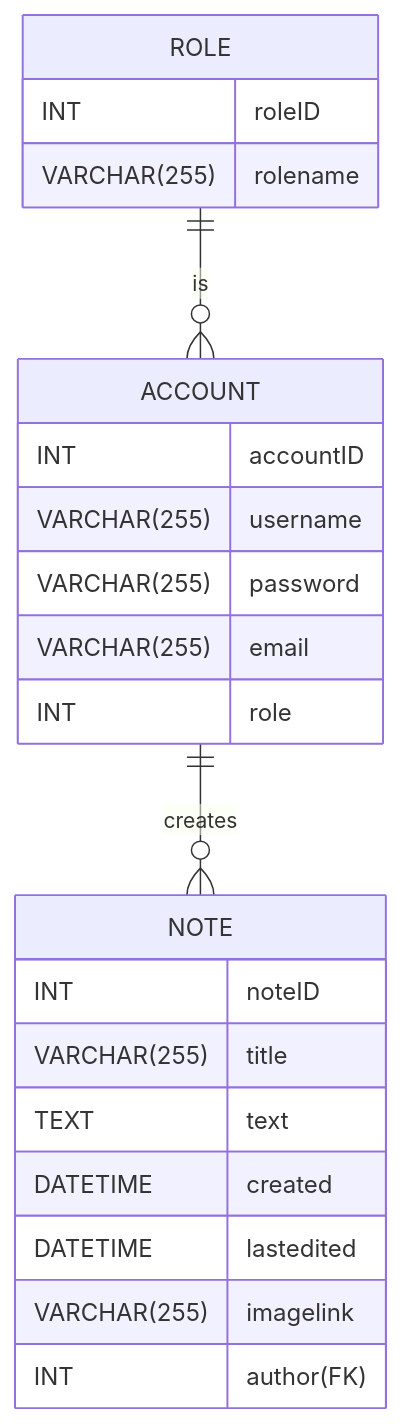
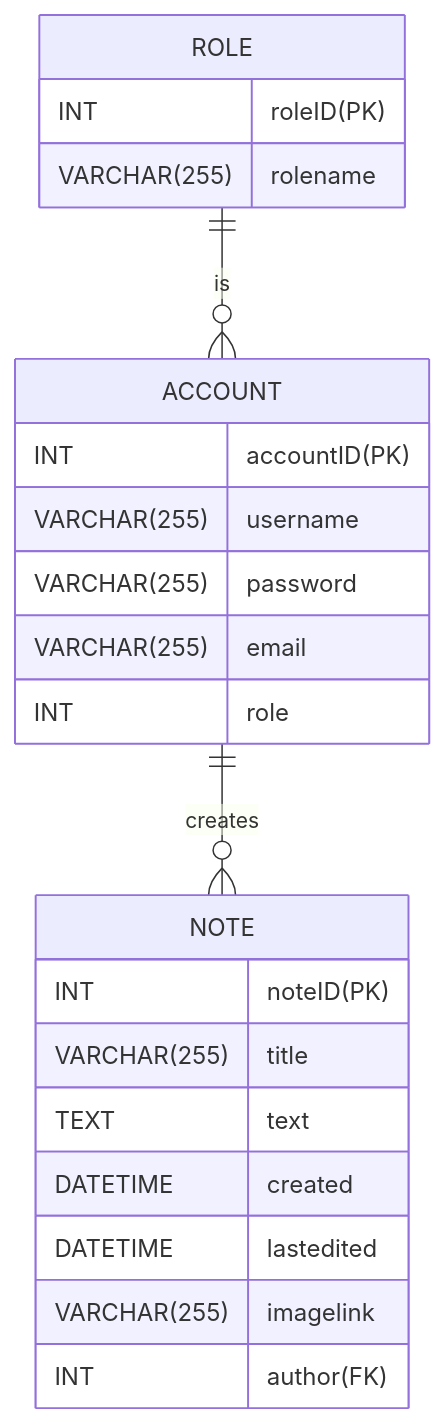
The third of 3 diagrams in Artefakter/UML/ER diagram.md (PBI22/Agil-Flask-Note-Projekt), drawn with Mermaid before and after one commit.

Commit message:
final touches to the physical model

````diff
--- a/Artefakter/UML/ER diagram.md
+++ b/Artefakter/UML/ER diagram.md
@@ -43,25 +43,25 @@
 ```mermaid
 erDiagram
     ACCOUNT ||--o{ NOTE : creates
     ROLE ||--o{ ACCOUNT : is
     NOTE {
-        INT noteID
+        INT noteID(PK)
         VARCHAR(255) title
         TEXT text
         DATETIME created
         DATETIME lastedited
         VARCHAR(255) imagelink
         INT author(FK)
     }
     ACCOUNT {
-        INT accountID
+        INT accountID(PK)
         VARCHAR(255) username
         VARCHAR(255) password
         VARCHAR(255) email
         INT role
     }
     ROLE {
-        INT roleID
+        INT roleID(PK)
         VARCHAR(255) rolename
     }
 ```
````
